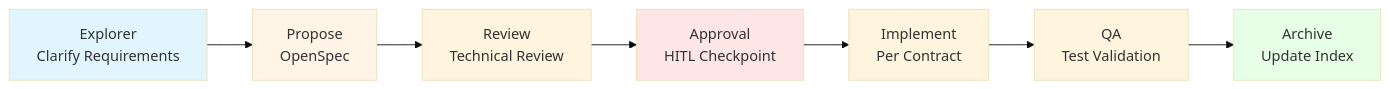
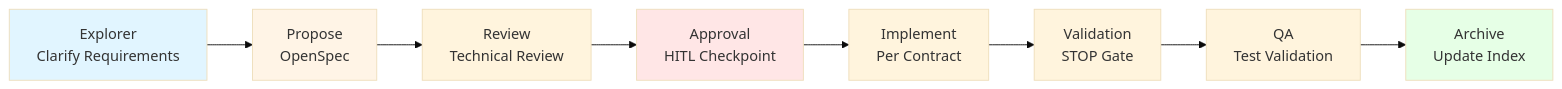
Before and after one commit to listener-He/java-harness-agent: the third of 5 diagrams in README.md, drawn with Mermaid (base theme). The commit also changed other lines of this file and 12 other files, not shown here.

````diff
--- a/README.md
+++ b/README.md
@@ -312,14 +348,14 @@
 ```mermaid
 graph LR
     A[Explorer<br/>Clarify Requirements] --> B[Propose<br/>OpenSpec]
     B --> C[Review<br/>Technical Review]
-    C --> D[Approval<br/>HITL Checkpoint]
-    D --> E[Implement<br/>Per Contract]
-    E --> F[QA<br/>Test Validation]
+    C --> D[Approval<br/>HITL Checkpoint] --> E[Implement<br/>Per Contract]
+    E --> V[Validation<br/>STOP Gate]
+    V --> F[QA<br/>Test Validation]
     F --> G[Archive<br/>Update Index]
     
     style A fill:#e1f5ff
     style B fill:#fff4e6
     style D fill:#ffe6e6
     style G fill:#e6ffe6
 ```
````
